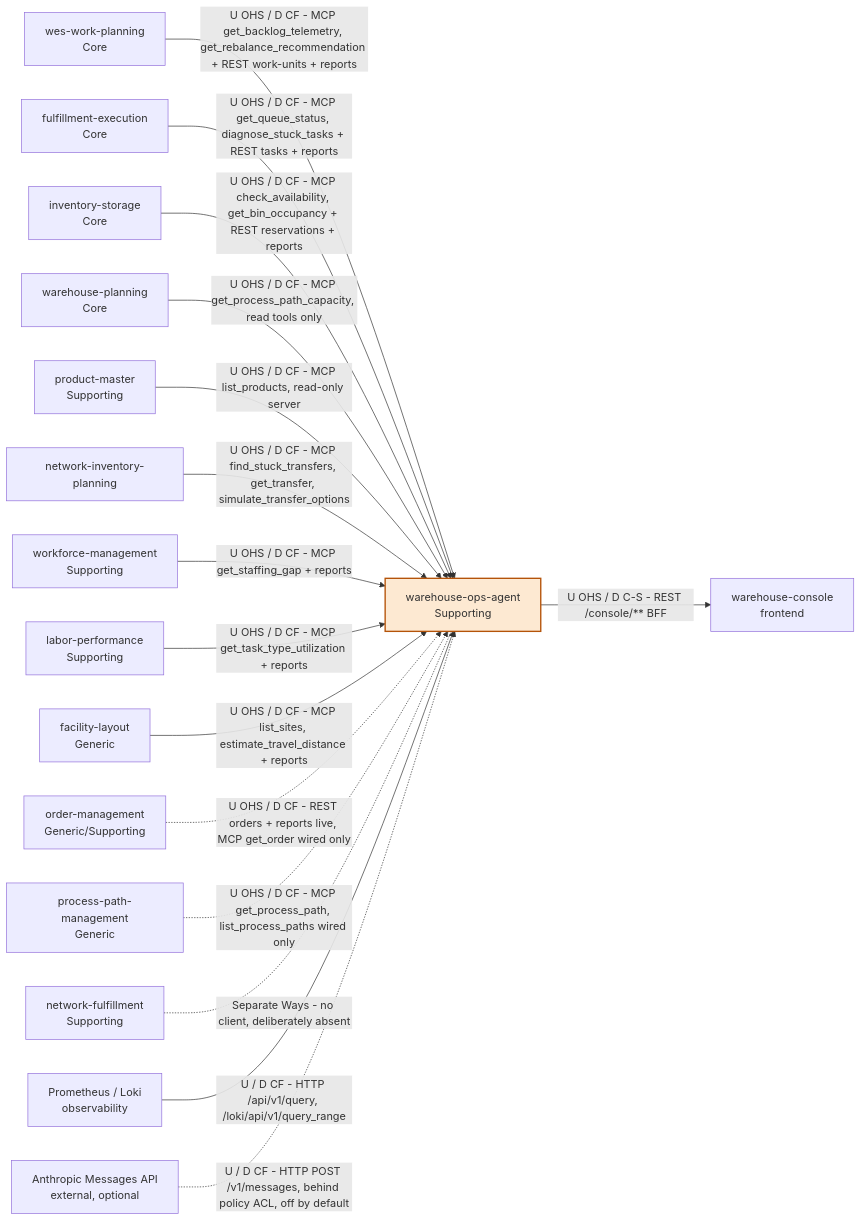
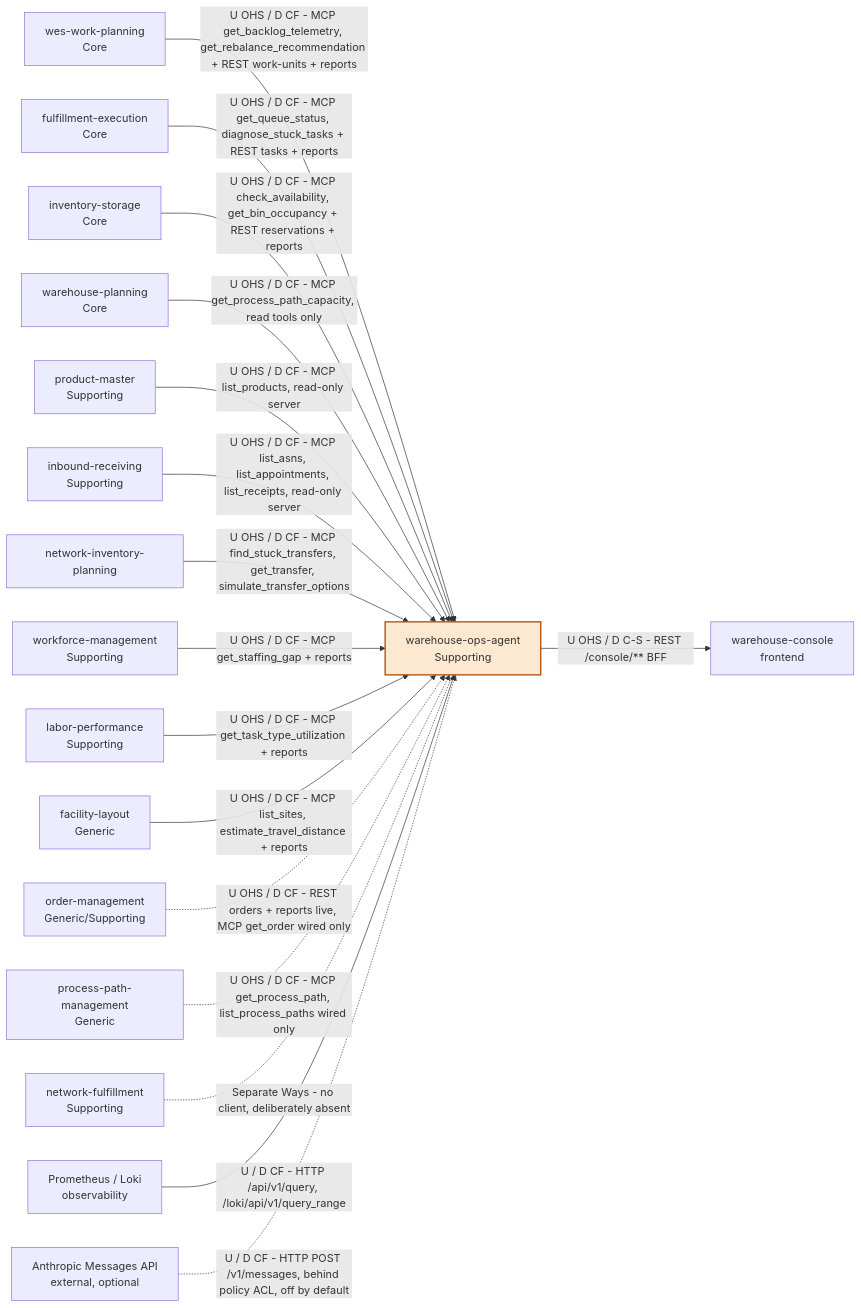
One commit to IQVO/warehouse-ops-agent changed the diagram in docs/docs/ecosystem/context-map.md. Above: the diagram before and after it, drawn with Mermaid. The commit also changed other lines of this file and 33 other files, not shown here.

First line of the commit message:
feat: read inbound-receiving via MCP (#125)

````diff
--- a/docs/docs/ecosystem/context-map.md
+++ b/docs/docs/ecosystem/context-map.md
@@ -55,37 +59,39 @@
 ```mermaid
 flowchart LR
     WOA["warehouse-ops-agent<br/>Supporting"]
     WP["wes-work-planning<br/>Core"]
     FE["fulfillment-execution<br/>Core"]
     IS["inventory-storage<br/>Core"]
     WPL["warehouse-planning<br/>Core"]
     PM["product-master<br/>Supporting"]
+    IR["inbound-receiving<br/>Supporting"]
     WM["workforce-management<br/>Supporting"]
     LP["labor-performance<br/>Supporting"]
     FL["facility-layout<br/>Generic"]
     OM["order-management<br/>Generic/Supporting"]
     PPM["process-path-management<br/>Generic"]
     NF["network-fulfillment<br/>Supporting"]
     NIP["network-inventory-planning"]
     WC["warehouse-console<br/>frontend"]
     OBS["Prometheus / Loki<br/>observability"]
     LLM["Anthropic Messages API<br/>external, optional"]
 
     WP -->|"U OHS / D CF - MCP get_backlog_telemetry, get_rebalance_recommendation + REST work-units + reports"| WOA
     FE -->|"U OHS / D CF - MCP get_queue_status, diagnose_stuck_tasks + REST tasks + reports"| WOA
     IS -->|"U OHS / D CF - MCP check_availability, get_bin_occupancy + REST reservations + reports"| WOA
     WPL -->|"U OHS / D CF - MCP get_process_path_capacity, read tools only"| WOA
     PM -->|"U OHS / D CF - MCP list_products, read-only server"| WOA
+    IR -->|"U OHS / D CF - MCP list_asns, list_appointments, list_receipts, read-only server"| WOA
     NIP -->|"U OHS / D CF - MCP find_stuck_transfers, get_transfer, simulate_transfer_options"| WOA
     WM -->|"U OHS / D CF - MCP get_staffing_gap + reports"| WOA
     LP -->|"U OHS / D CF - MCP get_task_type_utilization + reports"| WOA
     FL -->|"U OHS / D CF - MCP list_sites, estimate_travel_distance + reports"| WOA
     OM -.->|"U OHS / D CF - REST orders + reports live, MCP get_order wired only"| WOA
     PPM -.->|"U OHS / D CF - MCP get_process_path, list_process_paths wired only"| WOA
     NF -.-|"Separate Ways - no client, deliberately absent"| WOA
     WOA -->|"U OHS / D C-S - REST /console/** BFF"| WC
     OBS -->|"U / D CF - HTTP /api/v1/query, /loki/api/v1/query_range"| WOA
     LLM -.->|"U / D CF - HTTP POST /v1/messages, behind policy ACL, off by default"| WOA
 
     style WOA fill:#fde9d2,stroke:#b45309,stroke-width:2px
 ```
````
